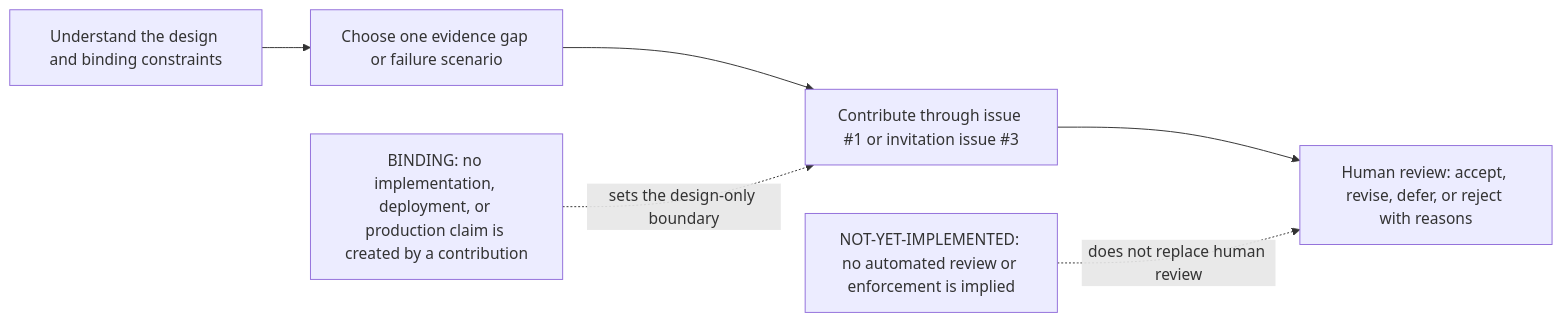
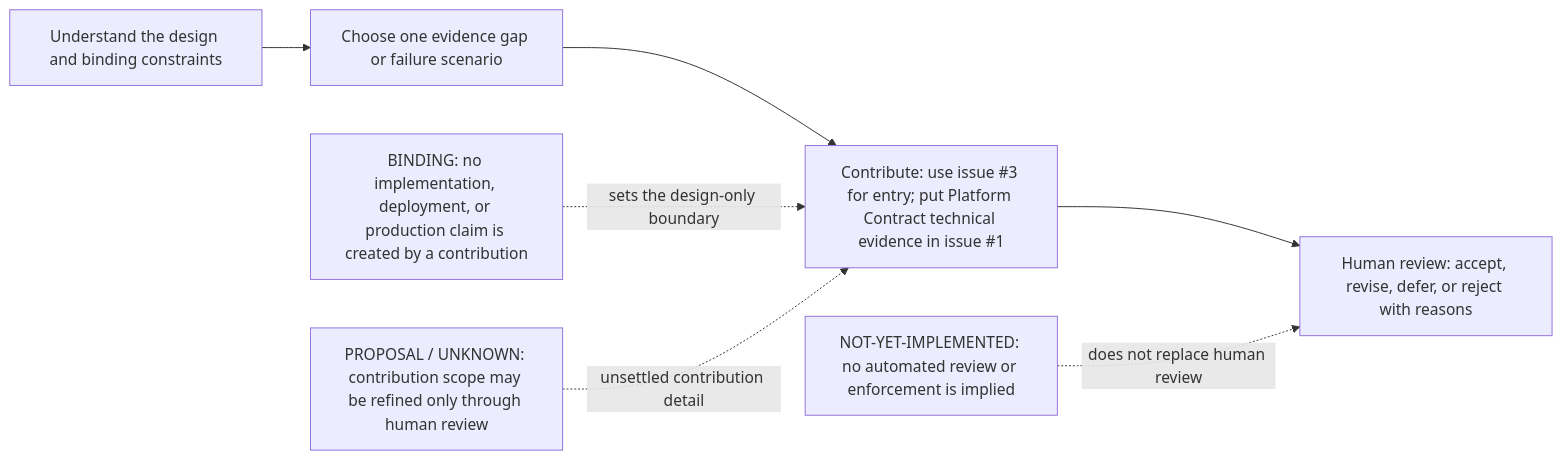
One commit to nissifield/ftlbird-waypoint changed the fourth of 4 diagrams in README.md. Above: the diagram before and after it, drawn with Mermaid. The commit also changed other lines of this file, not shown here.

Commit message:
docs: clarify diagram status and issue routing

````diff
--- a/README.md
+++ b/README.md
@@ -116,11 +122,13 @@
 ```mermaid
 flowchart LR
     understand["Understand the design and binding constraints"] --> choose["Choose one evidence gap or failure scenario"]
-    choose --> contribute["Contribute through issue #1 or invitation issue #3"]
+    choose --> contribute["Contribute: use issue #3 for entry; put Platform Contract technical evidence in issue #1"]
     contribute --> review["Human review: accept, revise, defer, or reject with reasons"]
     note["BINDING: no implementation, deployment, or production claim is created by a contribution"]
+    proposal["PROPOSAL / UNKNOWN: contribution scope may be refined only through human review"]
     future["NOT-YET-IMPLEMENTED: no automated review or enforcement is implied"]
 
     note -. "sets the design-only boundary" .-> contribute
+    proposal -. "unsettled contribution detail" .-> contribute
     future -. "does not replace human review" .-> review
 ```
````
